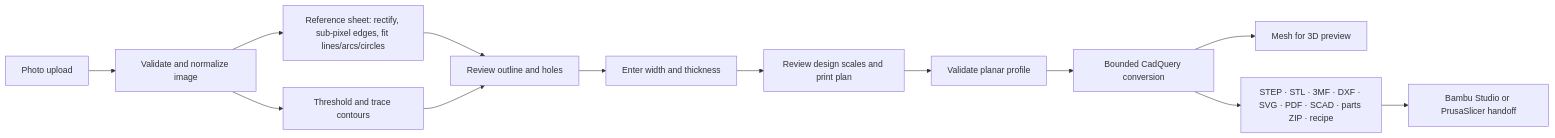
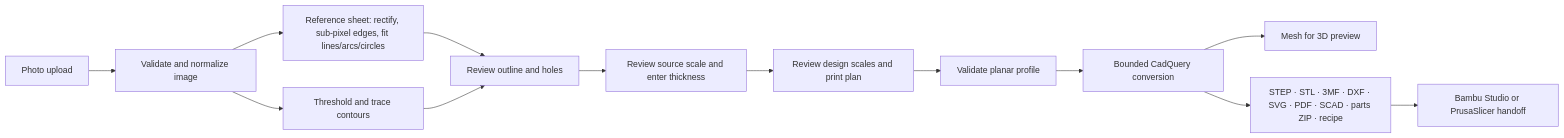
Before and after one commit to bartytime4life/Pictures-to-3D-CAD-Models: the diagram in docs/architecture.md, drawn with Mermaid. The commit also changed other lines of this file and 25 other files, not shown here.

````diff
--- a/docs/architecture.md
+++ b/docs/architecture.md
@@ -5,15 +5,15 @@
 ```mermaid
 flowchart LR
     A[Photo upload] --> B[Validate and normalize image]
     B --> C[Threshold and trace contours]
     B --> R[Reference sheet: rectify, sub-pixel edges, fit lines/arcs/circles]
     R --> D
     C --> D[Review outline and holes]
-    D --> E[Enter width and thickness]
+    D --> E[Review source scale and enter thickness]
     E --> J[Review design scales and print plan]
     J --> F[Validate planar profile]
     F --> G[Bounded CadQuery conversion]
     G --> H[Mesh for 3D preview]
     G --> I[STEP · STL · 3MF · DXF · SVG · PDF · SCAD · parts ZIP · recipe]
     I --> K[Bambu Studio or PrusaSlicer handoff]
 ```
````
